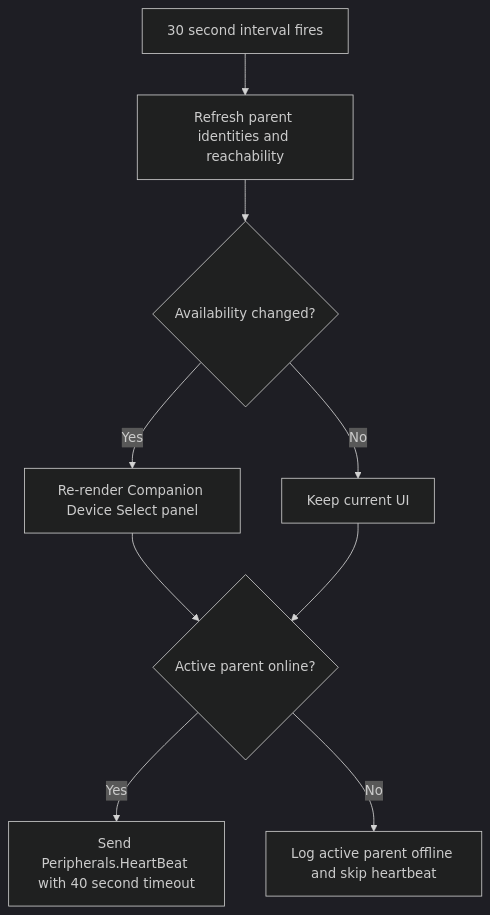
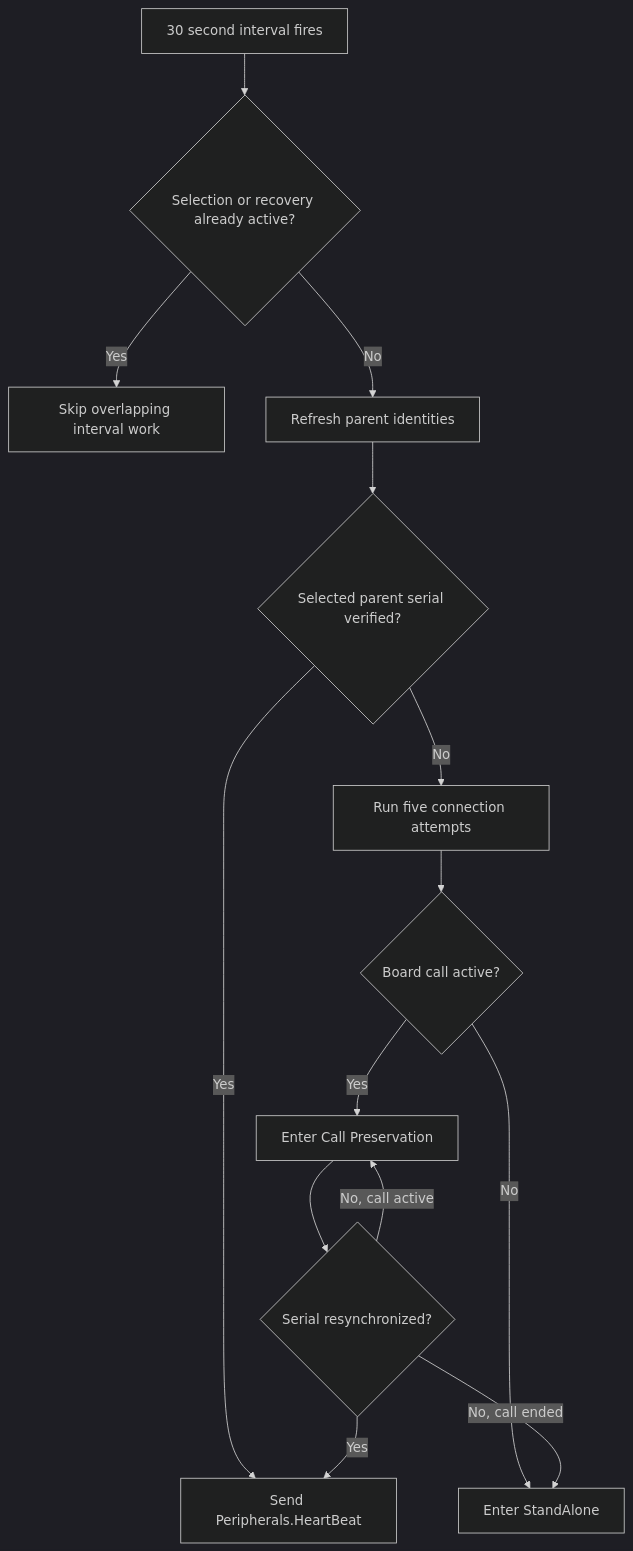
The sixth of 7 diagrams in README.md (ctg-tme/Custom_Companion_2026), drawn with Mermaid (dark theme) before and after one commit. The commit also changed other lines of this file and 7 other files, not shown here.

````diff
--- a/README.md
+++ b/README.md
@@ -189,11 +191,16 @@
 ```mermaid
 flowchart TD
-	A[30 second interval fires] --> B[Refresh parent identities and reachability]
-	B --> C{Availability changed?}
-	C -- Yes --> D[Re-render Companion Device Select panel]
-	C -- No --> E[Keep current UI]
-	D --> F{Active parent online?}
-	E --> F
-	F -- Yes --> G[Send Peripherals.HeartBeat with 40 second timeout]
-	F -- No --> H[Log active parent offline and skip heartbeat]
+	A[30 second interval fires] --> B{Selection or recovery already active?}
+	B -- Yes --> C[Skip overlapping interval work]
+	B -- No --> D[Refresh parent identities]
+	D --> E{Selected parent serial verified?}
+	E -- Yes --> F[Send Peripherals.HeartBeat]
+	E -- No --> G[Run five connection attempts]
+	G --> H{Board call active?}
+	H -- No --> I[Enter StandAlone]
+	H -- Yes --> J[Enter Call Preservation]
+	J --> K{Serial resynchronized?}
+	K -- Yes --> F
+	K -- No, call ended --> I
+	K -- No, call active --> J
 ```
````
